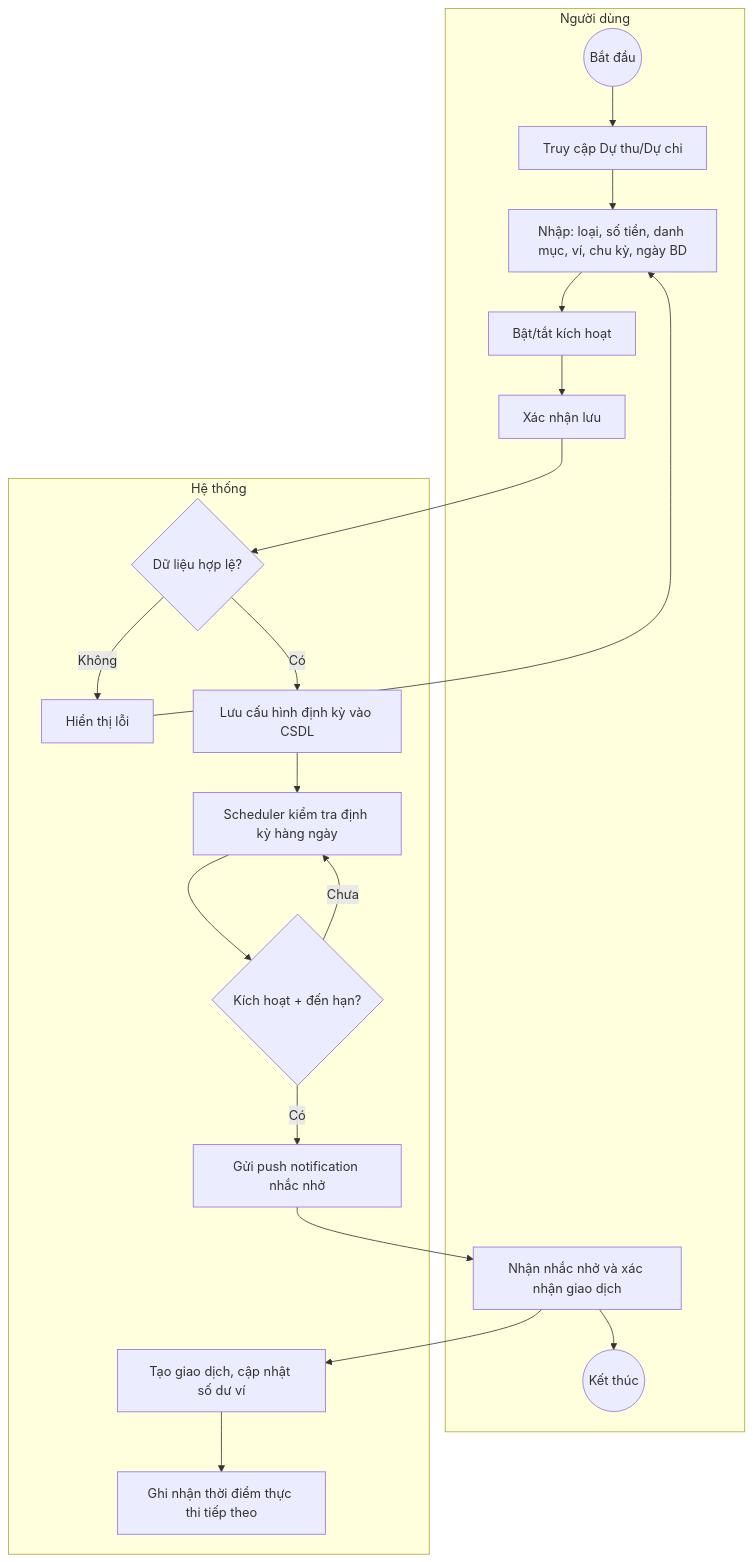
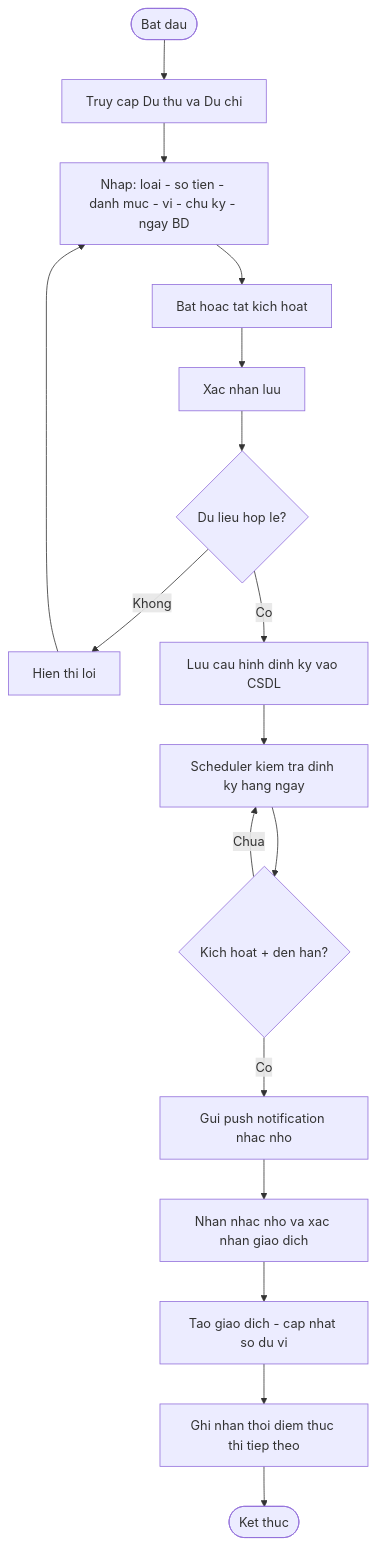
Before and after one commit to Hieu-vn/Graduation-Thesis: the fifth of 10 diagrams in Nghiên cứu MISA MoneyKeeper.md, drawn with Mermaid. The commit also changed other lines of this file, not shown here.

First line of the commit message:
fix: Fix all 10 mermaid diagrams QT01-QT10 for GitHub rendering

````diff
--- a/Nghiên cứu MISA MoneyKeeper.md
+++ b/Nghiên cứu MISA MoneyKeeper.md
@@ -174,22 +156,18 @@
 ```mermaid
 flowchart TD
-    subgraph "Người dùng"
-        A((Bắt đầu)) --> B[Truy cập Dự thu/Dự chi]
-        B --> C["Nhập: loại, số tiền, danh mục, ví, chu kỳ, ngày BD"]
-        C --> D[Bật/tắt kích hoạt]
-        D --> E[Xác nhận lưu]
-        K[Nhận nhắc nhở và xác nhận giao dịch] --> L((Kết thúc))
-    end
-    subgraph "Hệ thống"
-        E --> F{Dữ liệu hợp lệ?}
-        F -->|Không| F2[Hiển thị lỗi] --> C
-        F -->|Có| G[Lưu cấu hình định kỳ vào CSDL]
-        G --> H["Scheduler kiểm tra định kỳ hàng ngày"]
-        H --> I{Kích hoạt + đến hạn?}
-        I -->|Chưa| H
-        I -->|Có| J[Gửi push notification nhắc nhở]
-        J --> K
-        K --> K2[Tạo giao dịch, cập nhật số dư ví]
-        K2 --> K3[Ghi nhận thời điểm thực thi tiếp theo]
-    end
+    A([Bat dau]) --> B[Truy cap Du thu va Du chi]
+    B --> C[Nhap: loai - so tien - danh muc - vi - chu ky - ngay BD]
+    C --> D[Bat hoac tat kich hoat]
+    D --> E[Xac nhan luu]
+    E --> F{Du lieu hop le?}
+    F -->|Khong| F2[Hien thi loi] --> C
+    F -->|Co| G[Luu cau hinh dinh ky vao CSDL]
+    G --> H[Scheduler kiem tra dinh ky hang ngay]
+    H --> I{Kich hoat + den han?}
+    I -->|Chua| H
+    I -->|Co| J[Gui push notification nhac nho]
+    J --> K[Nhan nhac nho va xac nhan giao dich]
+    K --> K2[Tao giao dich - cap nhat so du vi]
+    K2 --> K3[Ghi nhan thoi diem thuc thi tiep theo]
+    K3 --> L([Ket thuc])
 ```
````
